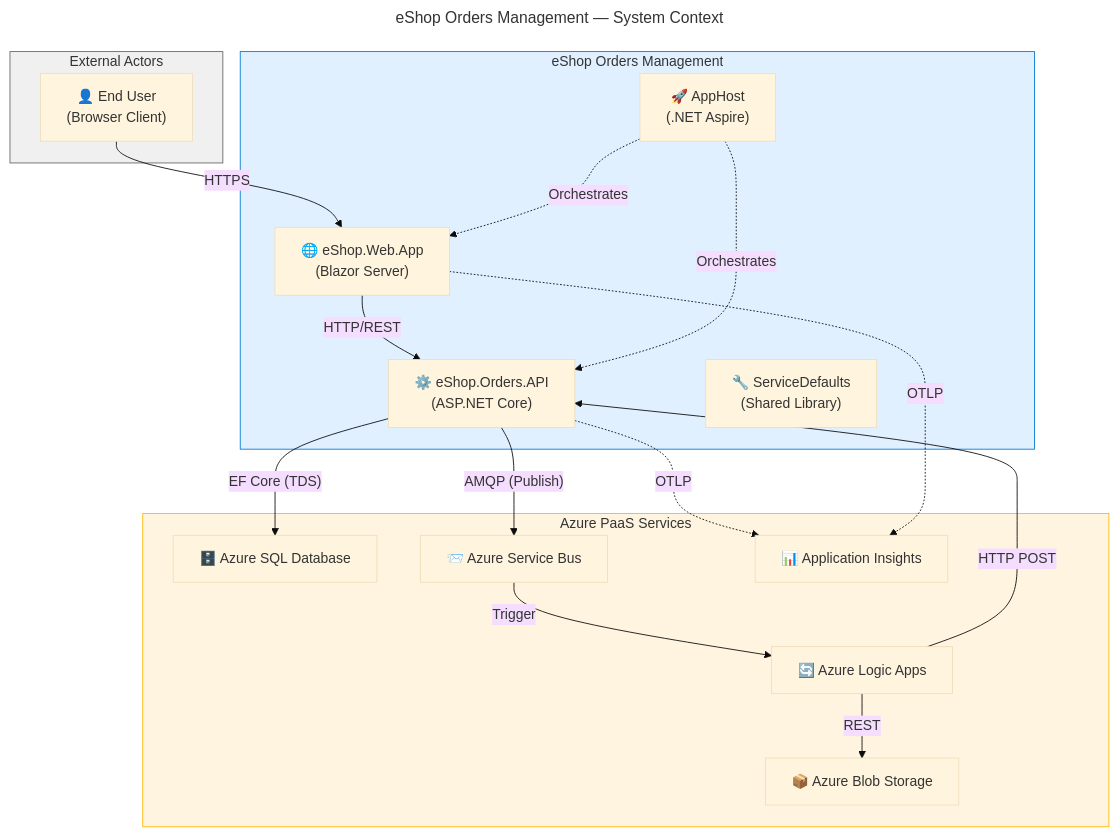
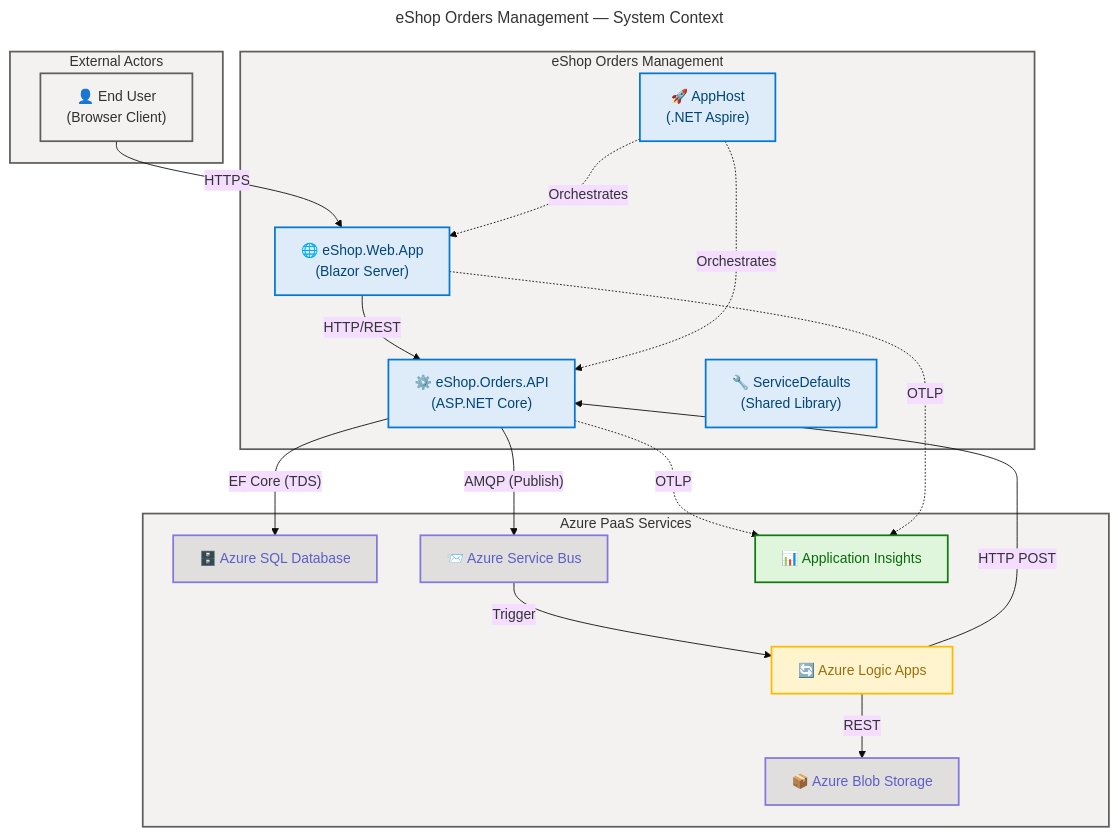
The first of 14 diagrams in docs/architecture/application-architecture.md (Evilazaro/Azure-LogicApps-Monitoring), drawn with Mermaid before and after one commit. The commit also changed other lines of this file, not shown here.

Commit message:
Enhance application architecture diagrams with improved styling and classification for better clarity and visual distinction of components and services

````diff
--- a/docs/architecture/application-architecture.md
+++ b/docs/architecture/application-architecture.md
@@ -37,60 +37,66 @@
 ```mermaid
 ---
 title: "eShop Orders Management — System Context"
 config:
   theme: base
   look: classic
   layout: dagre
   themeVariables:
     fontSize: "16px"
 ---
 flowchart TB
     accTitle: eShop Orders Management System Context
     accDescr: C4-style context diagram showing the eShop Orders system boundary, external actors, and external services
 
     %% ═══════════════════════════════════════════════════════════════════════════
     %% AZURE / FLUENT ARCHITECTURE PATTERN v1.1
     %% (Semantic + Structural + Font + Accessibility Governance)
     %% ═══════════════════════════════════════════════════════════════════════════
     %% PHASE 1 - STRUCTURAL: Direction explicit, flat topology, nesting ≤ 3
     %% PHASE 2 - SEMANTIC: Colors justified, max 5 semantic classes, neutral-first
     %% PHASE 3 - FONT: Dark text on light backgrounds, contrast ≥ 4.5:1
     %% PHASE 4 - ACCESSIBILITY: accTitle/accDescr present, icons on all nodes
     %% PHASE 5 - STANDARD: Governance block present, classDefs centralized
     %% ═══════════════════════════════════════════════════════════════════════════
 
     subgraph ExternalActors["External Actors"]
-        User["👤 End User\n(Browser Client)"]
+        User["👤 End User\n(Browser Client)"]:::external
     end
 
     subgraph SystemBoundary["eShop Orders Management"]
-        WebApp["🌐 eShop.Web.App\n(Blazor Server)"]
-        OrdersAPI["⚙️ eShop.Orders.API\n(ASP.NET Core)"]
-        ServiceDefaults["🔧 ServiceDefaults\n(Shared Library)"]
-        AppHost["🚀 AppHost\n(.NET Aspire)"]
+        WebApp["🌐 eShop.Web.App\n(Blazor Server)"]:::core
+        OrdersAPI["⚙️ eShop.Orders.API\n(ASP.NET Core)"]:::core
+        ServiceDefaults["🔧 ServiceDefaults\n(Shared Library)"]:::core
+        AppHost["🚀 AppHost\n(.NET Aspire)"]:::core
     end
 
     subgraph ExternalServices["Azure PaaS Services"]
-        SQLDb["🗄️ Azure SQL Database"]
-        ServiceBus["📨 Azure Service Bus"]
-        LogicApps["🔄 Azure Logic Apps"]
-        BlobStorage["📦 Azure Blob Storage"]
-        AppInsights["📊 Application Insights"]
+        SQLDb["🗄️ Azure SQL Database"]:::data
+        ServiceBus["📨 Azure Service Bus"]:::data
+        LogicApps["🔄 Azure Logic Apps"]:::warning
+        BlobStorage["📦 Azure Blob Storage"]:::data
+        AppInsights["📊 Application Insights"]:::success
     end
 
     User -->|"HTTPS"| WebApp
     WebApp -->|"HTTP/REST"| OrdersAPI
     OrdersAPI -->|"EF Core (TDS)"| SQLDb
     OrdersAPI -->|"AMQP (Publish)"| ServiceBus
     ServiceBus -->|"Trigger"| LogicApps
     LogicApps -->|"HTTP POST"| OrdersAPI
     LogicApps -->|"REST"| BlobStorage
     OrdersAPI -.->|"OTLP"| AppInsights
     WebApp -.->|"OTLP"| AppInsights
     AppHost -.->|"Orchestrates"| WebApp
     AppHost -.->|"Orchestrates"| OrdersAPI
 
-    style ExternalActors fill:#f0f0f0,stroke:#666,color:#333
-    style SystemBoundary fill:#e1f0ff,stroke:#0078d4,color:#333
-    style ExternalServices fill:#fff4e0,stroke:#ffb900,color:#333
+    style ExternalActors fill:#F3F2F1,stroke:#605E5C,stroke-width:2px,color:#323130
+    style SystemBoundary fill:#F3F2F1,stroke:#605E5C,stroke-width:2px,color:#323130
+    style ExternalServices fill:#F3F2F1,stroke:#605E5C,stroke-width:2px,color:#323130
+
+    classDef core fill:#DEECF9,stroke:#0078D4,stroke-width:2px,color:#004578
+    classDef data fill:#E1DFDD,stroke:#8378DE,stroke-width:2px,color:#5B5FC7
+    classDef warning fill:#FFF4CE,stroke:#FFB900,stroke-width:2px,color:#986F0B
+    classDef success fill:#DFF6DD,stroke:#107C10,stroke-width:2px,color:#0B6A0B
+    classDef external fill:#F3F2F1,stroke:#605E5C,stroke-width:2px,color:#323130
 ```
````
